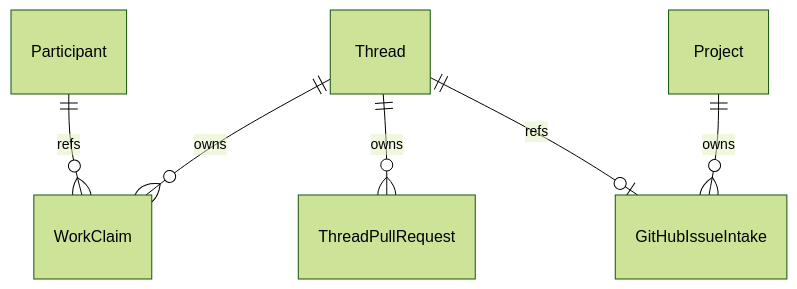
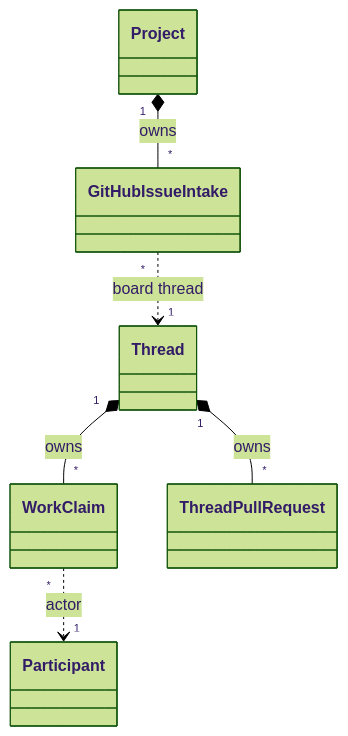
The ninth of 12 diagrams in docs/design/14-board-domain-model.md (hskksk/comitia), drawn with Mermaid (forest theme) before and after one commit. The commit also changed other lines of this file, not shown here.

First line of the commit message:
docs: ドメイン図を一段の所有木と class 図に直す

````diff
--- a/docs/design/14-board-domain-model.md
+++ b/docs/design/14-board-domain-model.md
@@ -132,8 +169,10 @@
 ```mermaid
-erDiagram
-    Thread ||--o{ WorkClaim : owns
-    Participant ||--o{ WorkClaim : refs
-    Thread ||--o{ ThreadPullRequest : owns
-    Project ||--o{ GitHubIssueIntake : owns
-    Thread ||--o| GitHubIssueIntake : refs
+classDiagram
+    hide empty members
+    direction TB
+    Thread "1" *-- "*" WorkClaim : owns
+    WorkClaim "*" ..> "1" Participant : actor
+    Thread "1" *-- "*" ThreadPullRequest : owns
+    Project "1" *-- "*" GitHubIssueIntake : owns
+    GitHubIssueIntake "*" ..> "1" Thread : board thread
 ```
````
